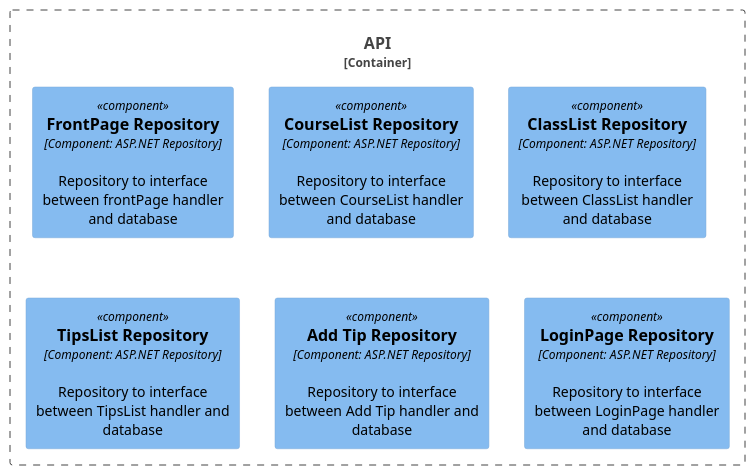
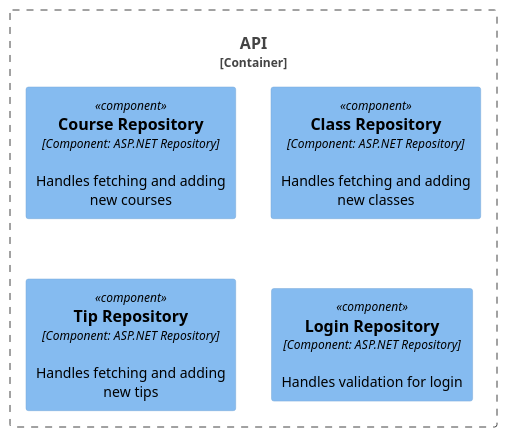
One commit to I4PRJ4/I4PRJ4-plantuml changed the diagram in L3API.puml. Above: the diagram before and after it, drawn with PlantUML. The commit also changed 3 other files, not shown here.

Commit message:
Updated Architecture

```diff
--- a/L3API.puml
+++ b/L3API.puml
@@ -1,23 +1,20 @@
 @startuml
 !include <C4/C4_Container>
 !include <C4/C4_Component>
 
 'Person(User, "Studerende")
 'Person(Moderator, "Moderator")
 
 Container_Boundary(API,"API",""){
     
-    Component(Repository1, "FrontPage Repository", "Component: ASP.NET Repository","Repository to interface between frontPage handler and database")
-    Component(Repository2, "CourseList Repository", "Component: ASP.NET Repository","Repository to interface between CourseList handler and database")
-    Component(Repository3, "ClassList Repository", "Component: ASP.NET Repository","Repository to interface between ClassList handler and database")
-    Component(Repository4, "TipsList Repository", "Component: ASP.NET Repository","Repository to interface between TipsList handler and database")
-    Component(Repository5, "Add Tip Repository", "Component: ASP.NET Repository","Repository to interface between Add Tip handler and database")
-    Component(Repository6, "LoginPage Repository", "Component: ASP.NET Repository","Repository to interface between LoginPage handler and database")
-    
+    Component(Repository1, "Course Repository", "Component: ASP.NET Repository","Handles fetching and adding new courses")
+    Component(Repository2, "Class Repository", "Component: ASP.NET Repository","Handles fetching and adding new classes")
+    Component(Repository3, "Tip Repository", "Component: ASP.NET Repository","Handles fetching and adding new tips")
+    Component(Repository4, "Login Repository", "Component: ASP.NET Repository","Handles validation for login")    
 } 
 'Container(Backend, "Backend","Container: MS SQL Server","Stores Tips and User information")
 
 'Rel(User, webapp, "Access")
 'Rel(Moderator, webapp, "Access")
 'Rel(webapp, Backend,"Reads from and writes to")
 @enduml
```
